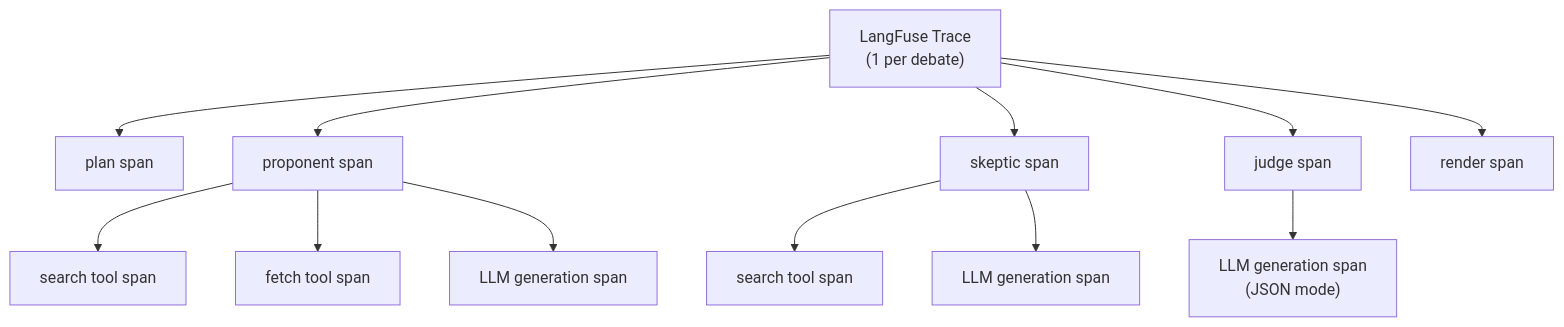
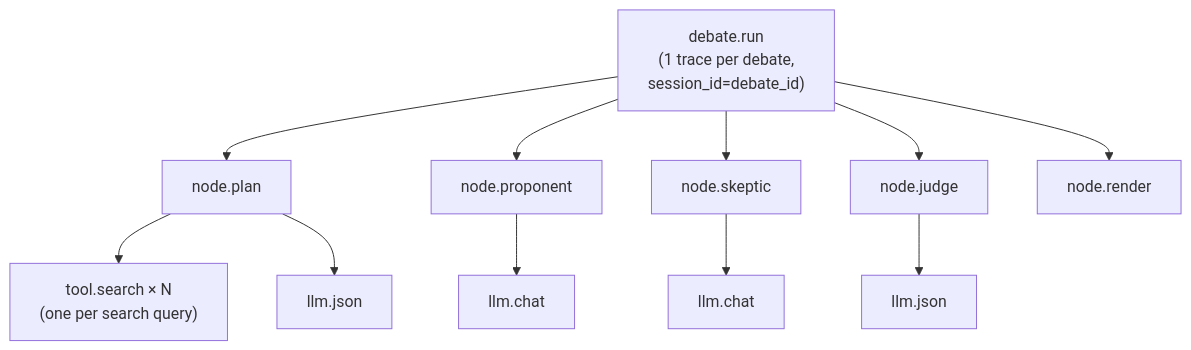
One commit to Abdul-Muizz1310/paper-trail-backend changed the fourth of 4 diagrams in docs/ARCHITECTURE.md. Above: the diagram before and after it, drawn with Mermaid. The commit also changed other lines of this file and 21 other files, not shown here.

````diff
--- a/docs/ARCHITECTURE.md
+++ b/docs/ARCHITECTURE.md
@@ -139,17 +216,15 @@
 ```mermaid
 flowchart TD
-    Trace["LangFuse Trace<br/>(1 per debate)"] --> PlanSpan["plan span"]
-    Trace --> ProSpan["proponent span"]
-    Trace --> SkepSpan["skeptic span"]
-    Trace --> JudgeSpan["judge span"]
-    Trace --> RenderSpan["render span"]
+    Trace["debate.run<br/>(1 trace per debate,<br/>session_id=debate_id)"] --> PlanSpan["node.plan"]
+    Trace --> ProSpan["node.proponent"]
+    Trace --> SkepSpan["node.skeptic"]
+    Trace --> JudgeSpan["node.judge"]
+    Trace --> RenderSpan["node.render"]
 
-    ProSpan --> ToolSpan1["search tool span"]
-    ProSpan --> ToolSpan2["fetch tool span"]
-    ProSpan --> LLMSpan1["LLM generation span"]
+    PlanSpan --> ToolSpan1["tool.search × N<br/>(one per search query)"]
+    PlanSpan --> LLMSpan0["llm.json"]
 
-    SkepSpan --> ToolSpan3["search tool span"]
-    SkepSpan --> LLMSpan2["LLM generation span"]
-
-    JudgeSpan --> LLMSpan3["LLM generation span<br/>(JSON mode)"]
+    ProSpan --> LLMSpan1["llm.chat"]
+    SkepSpan --> LLMSpan2["llm.chat"]
+    JudgeSpan --> LLMSpan3["llm.json"]
 ```
````
